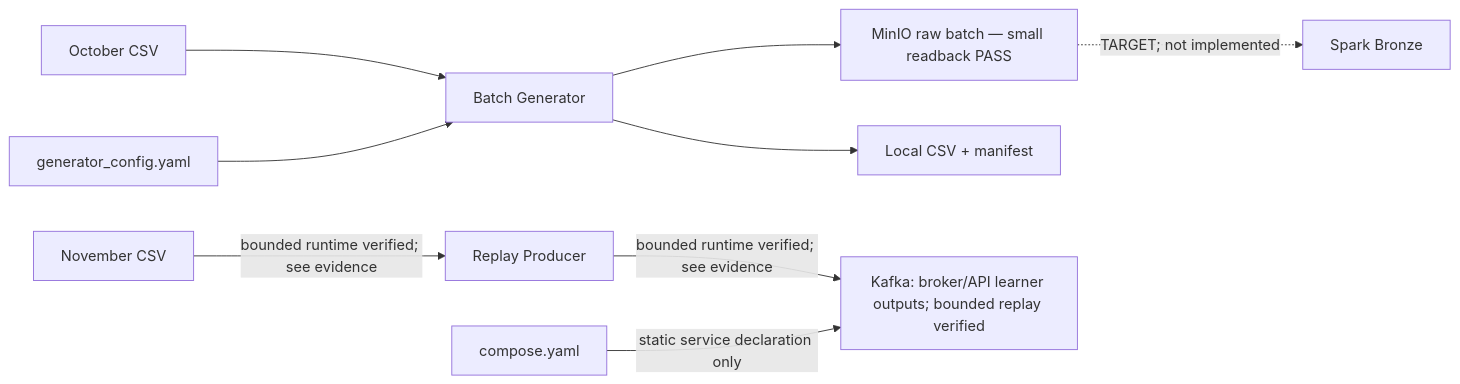
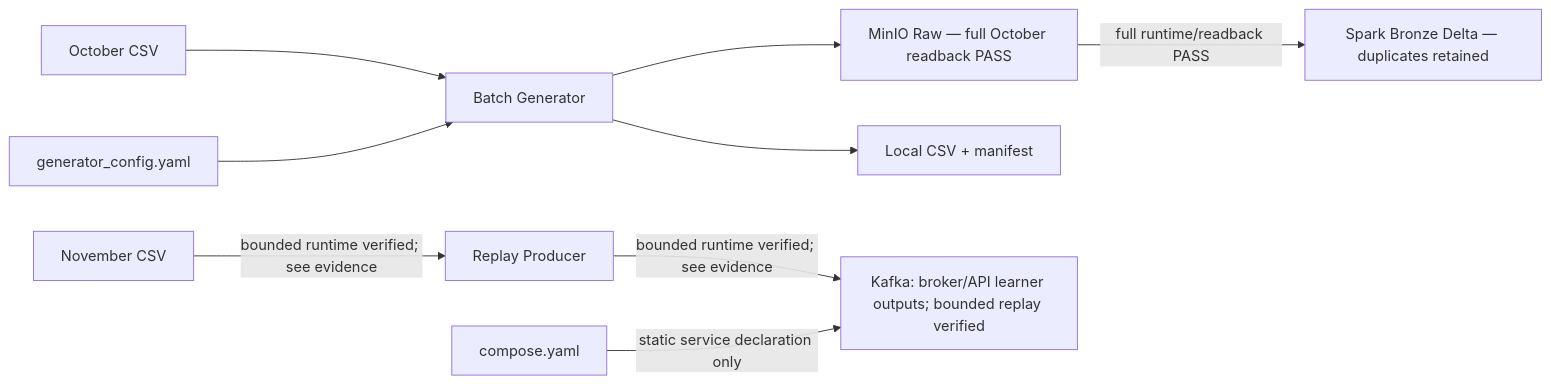
Before and after one commit to nhannhan2201/ecom_ML_system-: the first of 2 diagrams in DATA_CONTRACT.md, drawn with Mermaid. The commit also changed other lines of this file and 13 other files, not shown here.

Commit message:
feat: verify full October Spark Raw to Bronze ingestion

````diff
--- a/DATA_CONTRACT.md
+++ b/DATA_CONTRACT.md
@@ -242,11 +242,11 @@
 ```mermaid
 flowchart LR
   CSV["October CSV"] --> BG["Batch Generator"]
   CFG["generator_config.yaml"] --> BG
-  BG --> RAW["MinIO raw batch — small readback PASS"]
+  BG --> RAW["MinIO Raw — full October readback PASS"]
   BG --> LOCAL["Local CSV + manifest"]
-  RAW -. "TARGET; not implemented" .-> BR["Spark Bronze"]
+  RAW -->|"full runtime/readback PASS"| BR["Spark Bronze Delta — duplicates retained"]
   NOV["November CSV"] -->|"bounded runtime verified; see evidence"| RP["Replay Producer"]
   RP -->|"bounded runtime verified; see evidence"| K["Kafka: broker/API learner outputs; bounded replay verified"]
   COMPOSE["compose.yaml"] -->|"static service declaration only"| K
 ```
````
